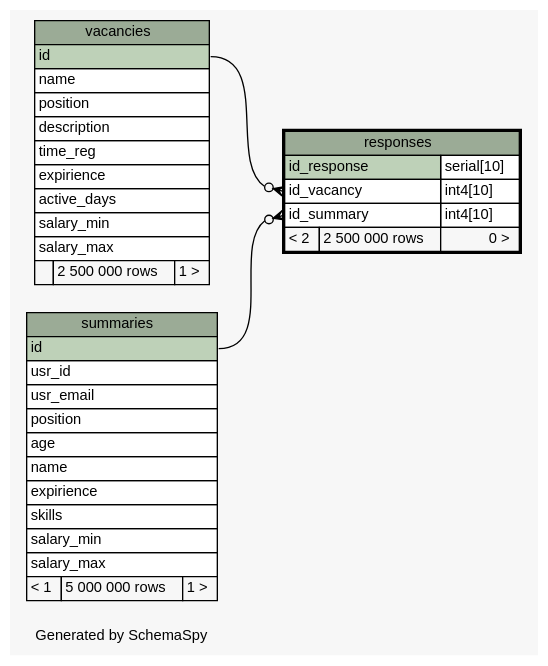
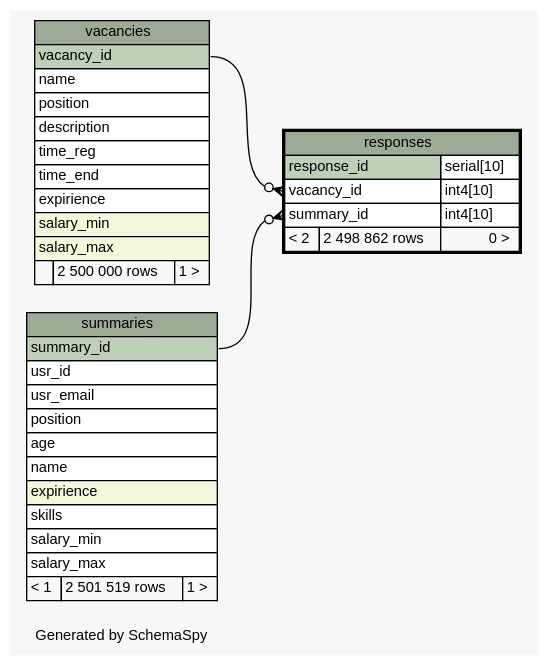
The diagram in schemaspy/diagrams/responses.1degree.dot (colorbash/hh-database-homework), drawn with Graphviz before and after one commit. The commit also changed 56 other files, not shown here.

```diff
--- a/schemaspy/diagrams/responses.1degree.dot
+++ b/schemaspy/diagrams/responses.1degree.dot
@@ -1,73 +1,73 @@
 // dot 2.38.0 on Windows 10 10.0
 // SchemaSpy rev 590
 digraph "oneDegreeRelationshipsDiagram" {
   graph [
     rankdir="RL"
     bgcolor="#f7f7f7"
     label="\nGenerated by SchemaSpy"
     labeljust="l"
     nodesep="0.18"
     ranksep="0.46"
     fontname="Helvetica"
     fontsize="11"
   ];
   node [
     fontname="Helvetica"
     fontsize="11"
     shape="plaintext"
   ];
   edge [
     arrowsize="0.8"
   ];
-  "responses":"id_summary":w -> "summaries":"id":e [arrowhead=none dir=back arrowtail=crowodot];
-  "responses":"id_vacancy":w -> "vacancies":"id":e [arrowhead=none dir=back arrowtail=crowodot];
+  "responses":"summary_id":w -> "summaries":"summary_id":e [arrowhead=none dir=back arrowtail=crowodot];
+  "responses":"vacancy_id":w -> "vacancies":"vacancy_id":e [arrowhead=none dir=back arrowtail=crowodot];
   "responses" [
     label=<
     <TABLE BORDER="2" CELLBORDER="1" CELLSPACING="0" BGCOLOR="#ffffff">
       <TR><TD COLSPAN="3" BGCOLOR="#9bab96" ALIGN="CENTER">responses</TD></TR>
-      <TR><TD PORT="id_response" COLSPAN="2" BGCOLOR="#bed1b8" ALIGN="LEFT">id_response</TD><TD PORT="id_response.type" ALIGN="LEFT">serial[10]</TD></TR>
-      <TR><TD PORT="id_vacancy" COLSPAN="2" ALIGN="LEFT">id_vacancy</TD><TD PORT="id_vacancy.type" ALIGN="LEFT">int4[10]</TD></TR>
-      <TR><TD PORT="id_summary" COLSPAN="2" ALIGN="LEFT">id_summary</TD><TD PORT="id_summary.type" ALIGN="LEFT">int4[10]</TD></TR>
-      <TR><TD ALIGN="LEFT" BGCOLOR="#f7f7f7">&lt; 2</TD><TD ALIGN="RIGHT" BGCOLOR="#f7f7f7">2 500 000 rows</TD><TD ALIGN="RIGHT" BGCOLOR="#f7f7f7">0 &gt;</TD></TR>
+      <TR><TD PORT="response_id" COLSPAN="2" BGCOLOR="#bed1b8" ALIGN="LEFT">response_id</TD><TD PORT="response_id.type" ALIGN="LEFT">serial[10]</TD></TR>
+      <TR><TD PORT="vacancy_id" COLSPAN="2" ALIGN="LEFT">vacancy_id</TD><TD PORT="vacancy_id.type" ALIGN="LEFT">int4[10]</TD></TR>
+      <TR><TD PORT="summary_id" COLSPAN="2" ALIGN="LEFT">summary_id</TD><TD PORT="summary_id.type" ALIGN="LEFT">int4[10]</TD></TR>
+      <TR><TD ALIGN="LEFT" BGCOLOR="#f7f7f7">&lt; 2</TD><TD ALIGN="RIGHT" BGCOLOR="#f7f7f7">2 498 862 rows</TD><TD ALIGN="RIGHT" BGCOLOR="#f7f7f7">0 &gt;</TD></TR>
     </TABLE>>
     URL="responses.html"
     tooltip="responses"
   ];
   "summaries" [
     label=<
     <TABLE BORDER="0" CELLBORDER="1" CELLSPACING="0" BGCOLOR="#ffffff">
       <TR><TD COLSPAN="3" BGCOLOR="#9bab96" ALIGN="CENTER">summaries</TD></TR>
-      <TR><TD PORT="id" COLSPAN="3" BGCOLOR="#bed1b8" ALIGN="LEFT">id</TD></TR>
+      <TR><TD PORT="summary_id" COLSPAN="3" BGCOLOR="#bed1b8" ALIGN="LEFT">summary_id</TD></TR>
       <TR><TD PORT="usr_id" COLSPAN="3" ALIGN="LEFT">usr_id</TD></TR>
       <TR><TD PORT="usr_email" COLSPAN="3" ALIGN="LEFT">usr_email</TD></TR>
       <TR><TD PORT="position" COLSPAN="3" ALIGN="LEFT">position</TD></TR>
       <TR><TD PORT="age" COLSPAN="3" ALIGN="LEFT">age</TD></TR>
       <TR><TD PORT="name" COLSPAN="3" ALIGN="LEFT">name</TD></TR>
-      <TR><TD PORT="expirience" COLSPAN="3" ALIGN="LEFT">expirience</TD></TR>
+      <TR><TD PORT="expirience" COLSPAN="3" BGCOLOR="#f4f7da" ALIGN="LEFT">expirience</TD></TR>
       <TR><TD PORT="skills" COLSPAN="3" ALIGN="LEFT">skills</TD></TR>
       <TR><TD PORT="salary_min" COLSPAN="3" ALIGN="LEFT">salary_min</TD></TR>
       <TR><TD PORT="salary_max" COLSPAN="3" ALIGN="LEFT">salary_max</TD></TR>
-      <TR><TD ALIGN="LEFT" BGCOLOR="#f7f7f7">&lt; 1</TD><TD ALIGN="RIGHT" BGCOLOR="#f7f7f7">5 000 000 rows</TD><TD ALIGN="RIGHT" BGCOLOR="#f7f7f7">1 &gt;</TD></TR>
+      <TR><TD ALIGN="LEFT" BGCOLOR="#f7f7f7">&lt; 1</TD><TD ALIGN="RIGHT" BGCOLOR="#f7f7f7">2 501 519 rows</TD><TD ALIGN="RIGHT" BGCOLOR="#f7f7f7">1 &gt;</TD></TR>
     </TABLE>>
     URL="summaries.html"
     tooltip="summaries"
   ];
   "vacancies" [
     label=<
     <TABLE BORDER="0" CELLBORDER="1" CELLSPACING="0" BGCOLOR="#ffffff">
       <TR><TD COLSPAN="3" BGCOLOR="#9bab96" ALIGN="CENTER">vacancies</TD></TR>
-      <TR><TD PORT="id" COLSPAN="3" BGCOLOR="#bed1b8" ALIGN="LEFT">id</TD></TR>
+      <TR><TD PORT="vacancy_id" COLSPAN="3" BGCOLOR="#bed1b8" ALIGN="LEFT">vacancy_id</TD></TR>
       <TR><TD PORT="name" COLSPAN="3" ALIGN="LEFT">name</TD></TR>
       <TR><TD PORT="position" COLSPAN="3" ALIGN="LEFT">position</TD></TR>
       <TR><TD PORT="description" COLSPAN="3" ALIGN="LEFT">description</TD></TR>
       <TR><TD PORT="time_reg" COLSPAN="3" ALIGN="LEFT">time_reg</TD></TR>
+      <TR><TD PORT="time_end" COLSPAN="3" ALIGN="LEFT">time_end</TD></TR>
       <TR><TD PORT="expirience" COLSPAN="3" ALIGN="LEFT">expirience</TD></TR>
-      <TR><TD PORT="active_days" COLSPAN="3" ALIGN="LEFT">active_days</TD></TR>
-      <TR><TD PORT="salary_min" COLSPAN="3" ALIGN="LEFT">salary_min</TD></TR>
-      <TR><TD PORT="salary_max" COLSPAN="3" ALIGN="LEFT">salary_max</TD></TR>
+      <TR><TD PORT="salary_min" COLSPAN="3" BGCOLOR="#f4f7da" ALIGN="LEFT">salary_min</TD></TR>
+      <TR><TD PORT="salary_max" COLSPAN="3" BGCOLOR="#f4f7da" ALIGN="LEFT">salary_max</TD></TR>
       <TR><TD ALIGN="LEFT" BGCOLOR="#f7f7f7">  </TD><TD ALIGN="RIGHT" BGCOLOR="#f7f7f7">2 500 000 rows</TD><TD ALIGN="RIGHT" BGCOLOR="#f7f7f7">1 &gt;</TD></TR>
     </TABLE>>
     URL="vacancies.html"
     tooltip="vacancies"
   ];
 }
```
